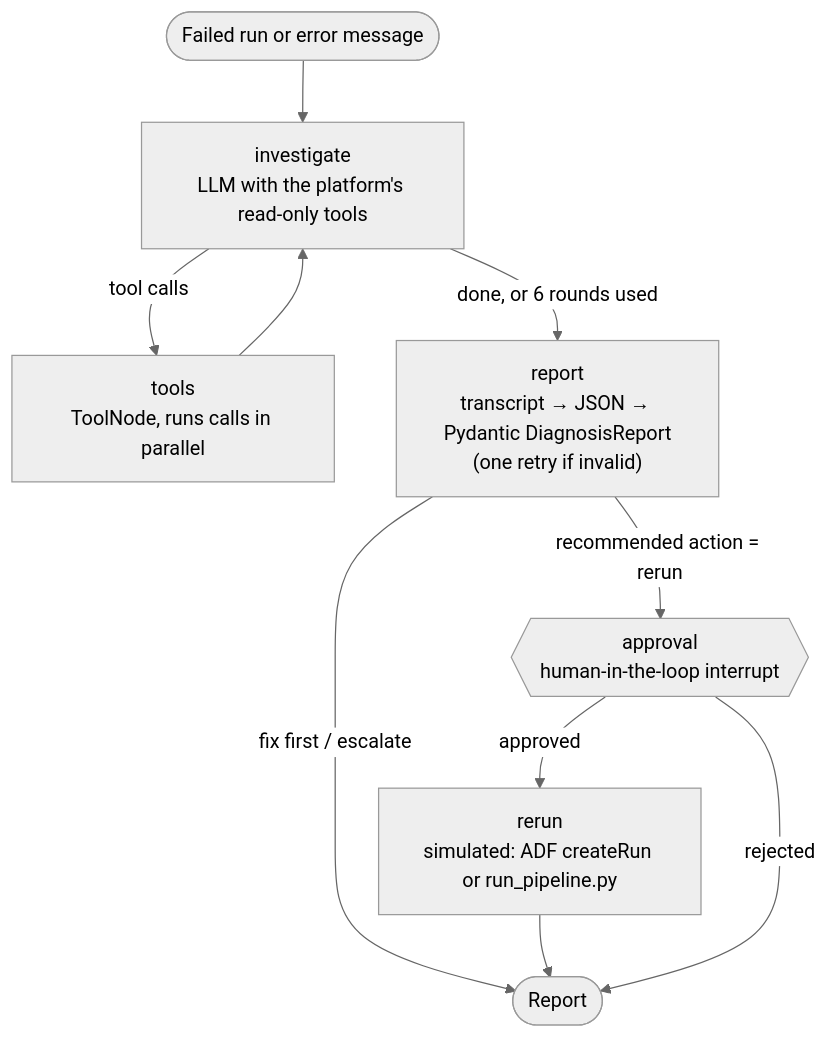
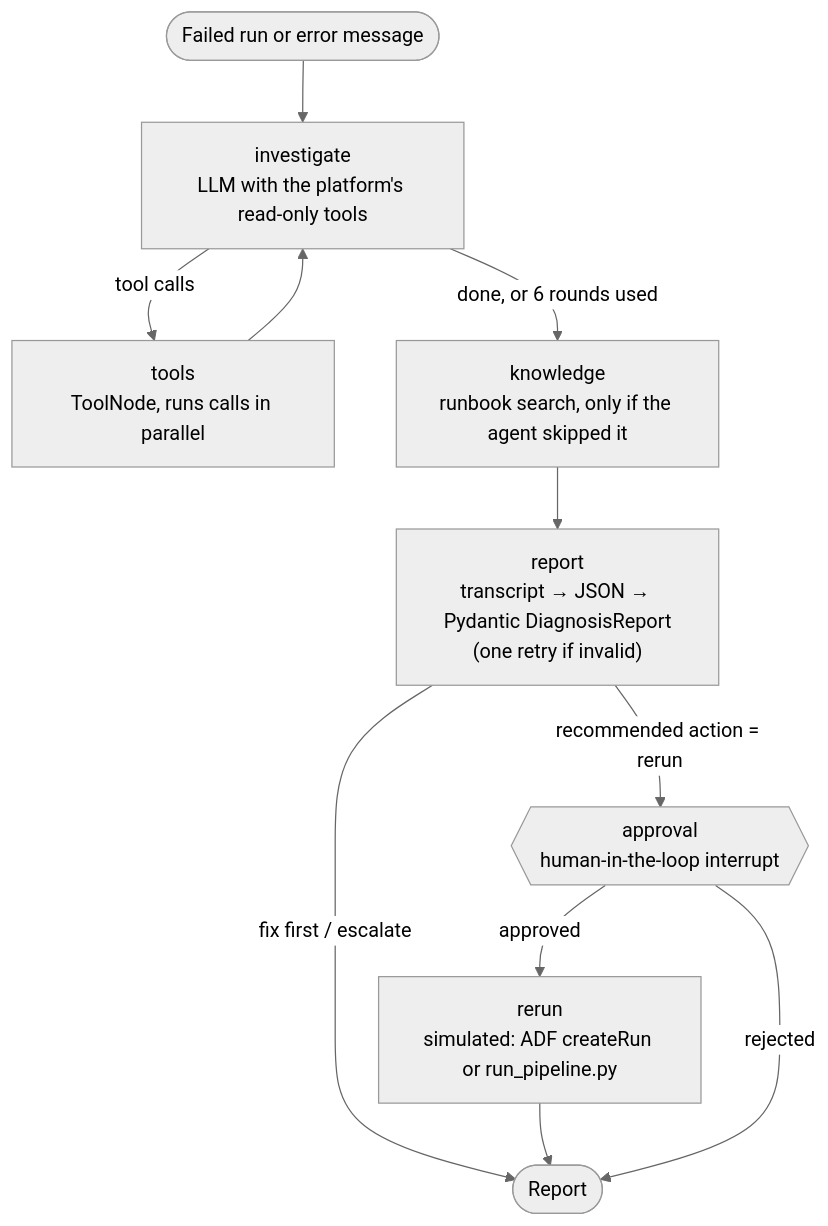
One commit to piyush60629/Pipeline-Incident-Agent changed the diagram in README.md. Above: the diagram before and after it, drawn with Mermaid (neutral theme). The commit also changed other lines of this file and 4 other files, not shown here.

First line of the commit message:
Search the runbooks automatically when the agent skipped it; report how often in evaluation

````diff
--- a/README.md
+++ b/README.md
@@ -32,11 +32,12 @@
 ```mermaid
 flowchart TD
     start([Failed run or error message]) --> investigate
     investigate["investigate<br/>LLM with the platform's read-only tools"] -->|tool calls| tools["tools<br/>ToolNode, runs calls in parallel"]
     tools --> investigate
-    investigate -->|"done, or 6 rounds used"| report["report<br/>transcript → JSON → Pydantic DiagnosisReport<br/>(one retry if invalid)"]
+    investigate -->|"done, or 6 rounds used"| knowledge["knowledge<br/>runbook search, only if the agent skipped it"]
+    knowledge --> report["report<br/>transcript → JSON → Pydantic DiagnosisReport<br/>(one retry if invalid)"]
     report -->|recommended action = rerun| approval{{"approval<br/>human-in-the-loop interrupt"}}
     report -->|fix first / escalate| done([Report])
     approval -->|approved| rerun["rerun<br/>simulated: ADF createRun or run_pipeline.py"] --> done
     approval -->|rejected| done
 ```
````
